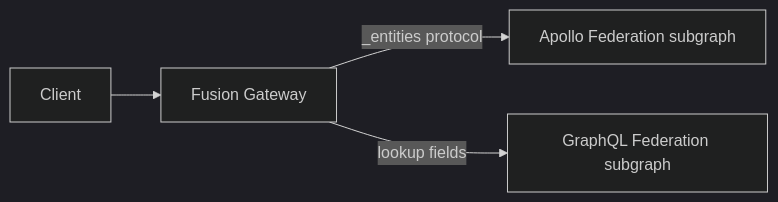
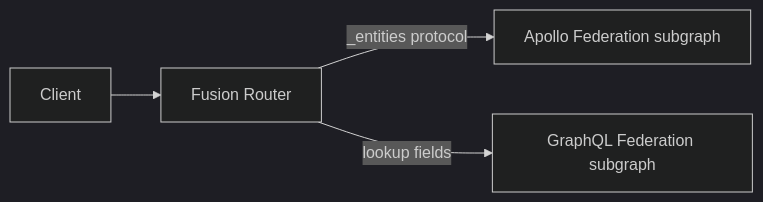
The diagram in website/content/docs/fusion/connectors/apollofederation.md (ChilliCream/graphql-platform), drawn with Mermaid (dark theme) before and after one commit. The commit also changed other lines of this file and 176 other files, not shown here.

Commit message:
[Fusion] Rename gateway to router

````diff
--- a/website/content/docs/fusion/connectors/apollofederation.md
+++ b/website/content/docs/fusion/connectors/apollofederation.md
@@ -18,6 +18,6 @@
 ```mermaid
 flowchart LR
-    Client --> Gateway["Fusion Gateway"]
-    Gateway -->|"_entities protocol"| Apollo["Apollo Federation subgraph"]
-    Gateway -->|"lookup fields"| GraphQLFed["GraphQL Federation subgraph"]
+    Client --> Router["Fusion Router"]
+    Router -->|"_entities protocol"| Apollo["Apollo Federation subgraph"]
+    Router -->|"lookup fields"| GraphQLFed["GraphQL Federation subgraph"]
 ```
````
